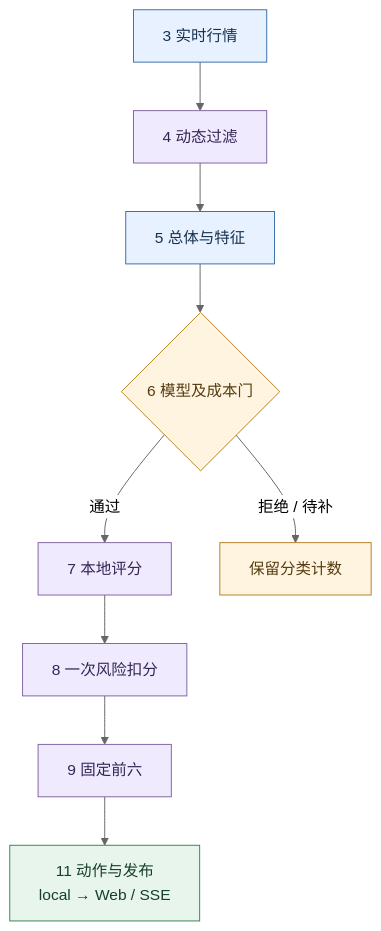
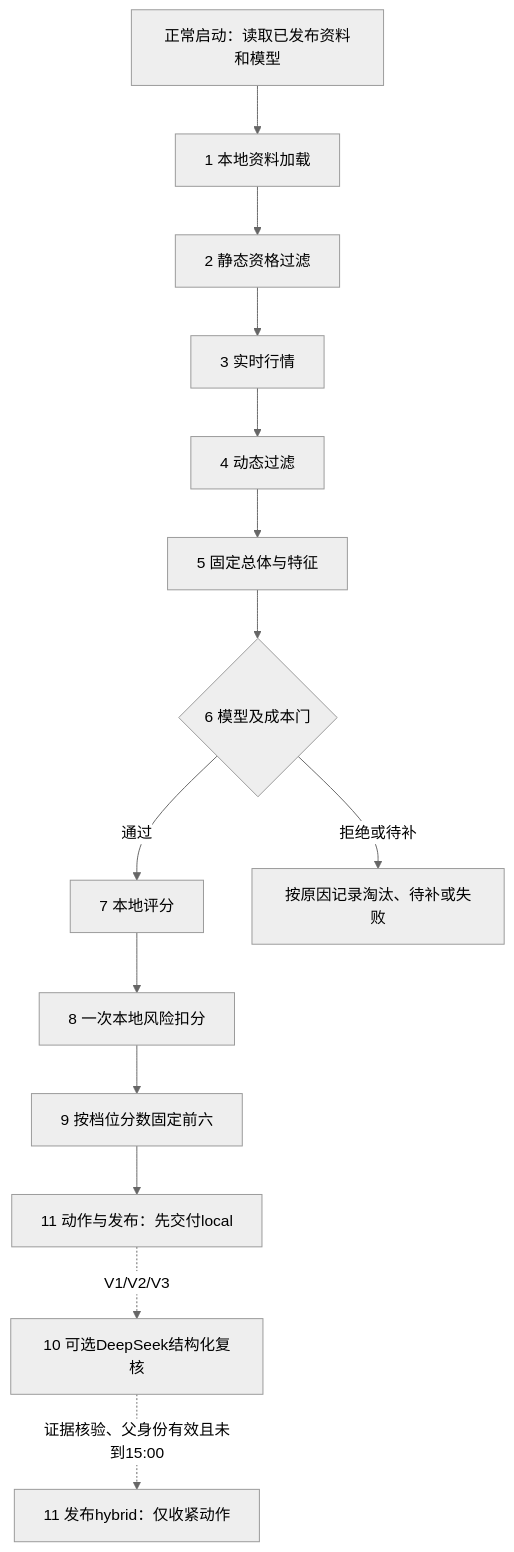
The first of 2 diagrams in docs/1_评分逻辑.md (373699756/trader), drawn with Mermaid (neutral theme) before and after one commit. The commit also changed other lines of this file and 6 other files, not shown here.

````diff
--- a/docs/1_评分逻辑.md
+++ b/docs/1_评分逻辑.md
@@ -161,19 +111,16 @@
 ```mermaid
 flowchart TD
-    C["3 实时行情"] --> D["4 动态过滤"]
-    D --> E["5 总体与特征"]
+    Boot["正常启动：读取已发布资料和模型"] --> A["1 本地资料加载"]
+    A --> B["2 静态资格过滤"]
+    B --> C["3 实时行情"]
+    C --> D["4 动态过滤"]
+    D --> E["5 固定总体与特征"]
     E --> F{"6 模型及成本门"}
     F -->|通过| G["7 本地评分"]
-    F -->|拒绝 / 待补| Reject["保留分类计数"]
-    G --> H["8 一次风险扣分"]
-    H --> I["9 固定前六"]
-    I --> K["11 动作与发布<br/>local → Web / SSE"]
-    classDef input fill:#e8f1ff,stroke:#3b6ea8,color:#16324f;
-    classDef work fill:#f0eaff,stroke:#8064a2,color:#342653;
-    classDef result fill:#e7f5ec,stroke:#39845a,color:#173f2a;
-    classDef gate fill:#fff4df,stroke:#b78126,color:#563c13;
-    class C,E input;
-    class D,G,H,I work;
-    class K result;
-    class F,Reject gate;
+    F -->|拒绝或待补| Reasons["按原因记录淘汰、待补或失败"]
+    G --> H["8 一次本地风险扣分"]
+    H --> I["9 按档位分数固定前六"]
+    I --> Publish["11 动作与发布：先交付local"]
+    Publish -.->|V1/V2/V3| Review["10 可选DeepSeek结构化复核"]
+    Review -.->|证据核验、父身份有效且未到15:00| Hybrid["11 发布hybrid：仅收紧动作"]
 ```
````
